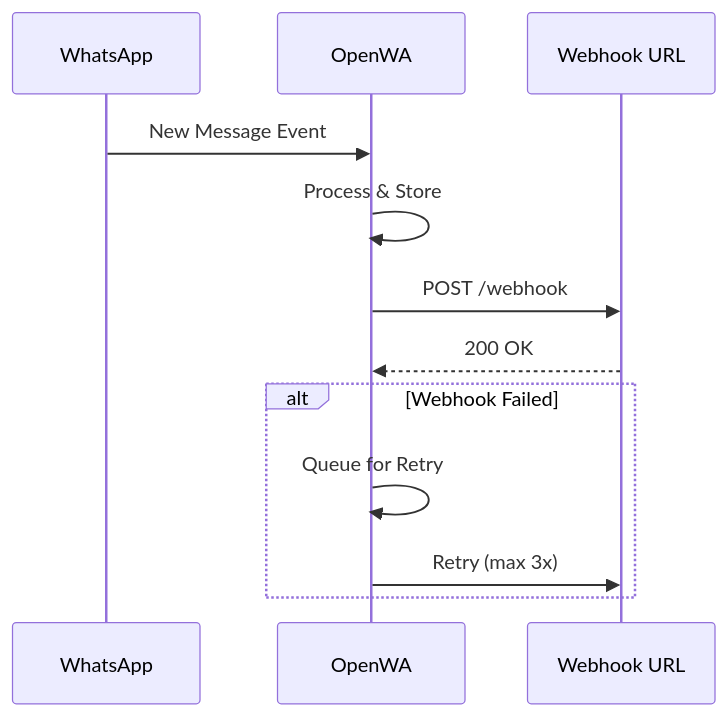
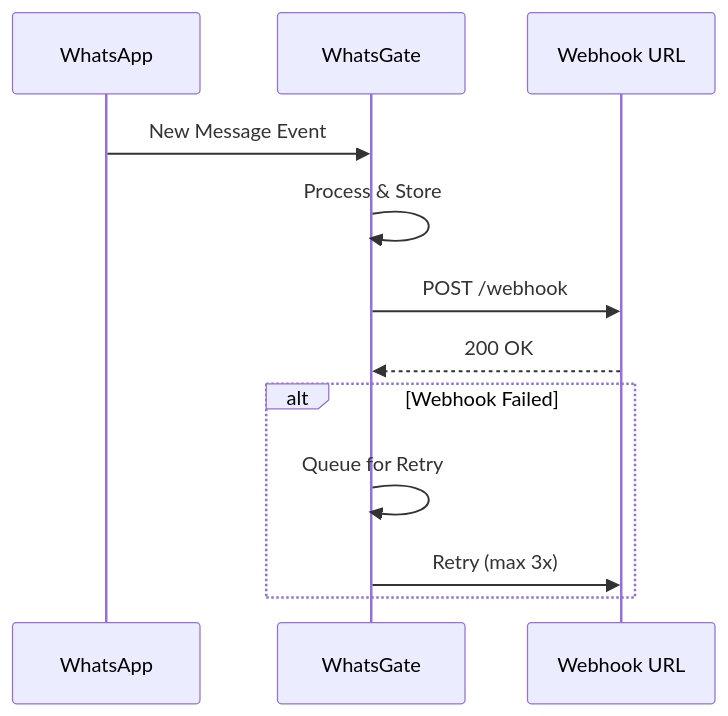
The third of 13 diagrams in docs/02-requirements-specification.md (liminal-loop/whatsgate), drawn with Mermaid before and after one commit. The commit also changed other lines of this file and 46 other files, not shown here.

Commit message:
chore: rebrand OpenWA to WhatsGate across app and docs

````diff
--- a/docs/02-requirements-specification.md
+++ b/docs/02-requirements-specification.md
@@ -82,16 +82,16 @@
 ```mermaid
 sequenceDiagram
     participant WA as WhatsApp
-    participant OW as OpenWA
+    participant OW as WhatsGate
     participant WH as Webhook URL
     
     WA->>OW: New Message Event
     OW->>OW: Process & Store
     OW->>WH: POST /webhook
     WH-->>OW: 200 OK
     
     alt Webhook Failed
         OW->>OW: Queue for Retry
         OW->>WH: Retry (max 3x)
     end
 ```
````
